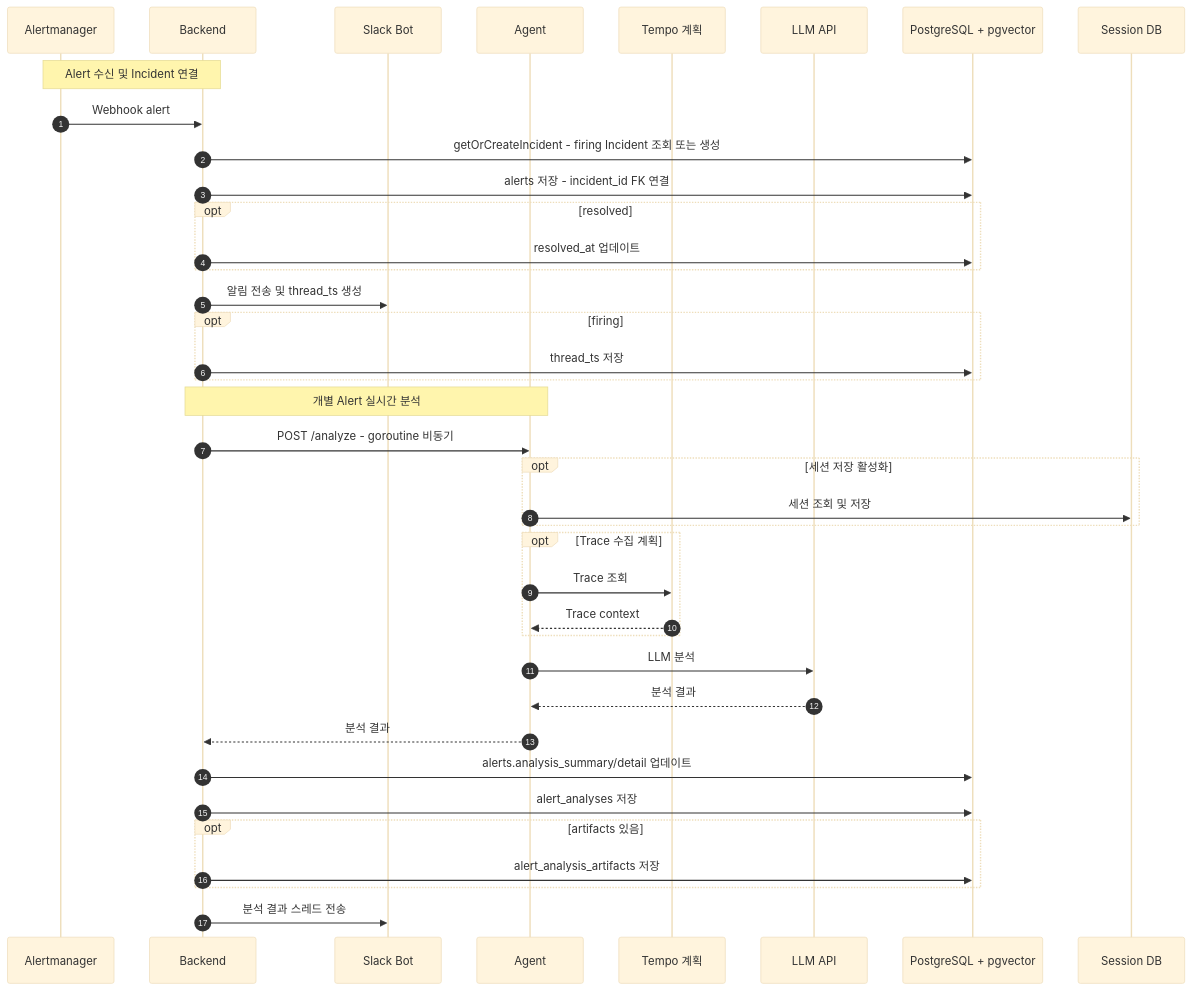
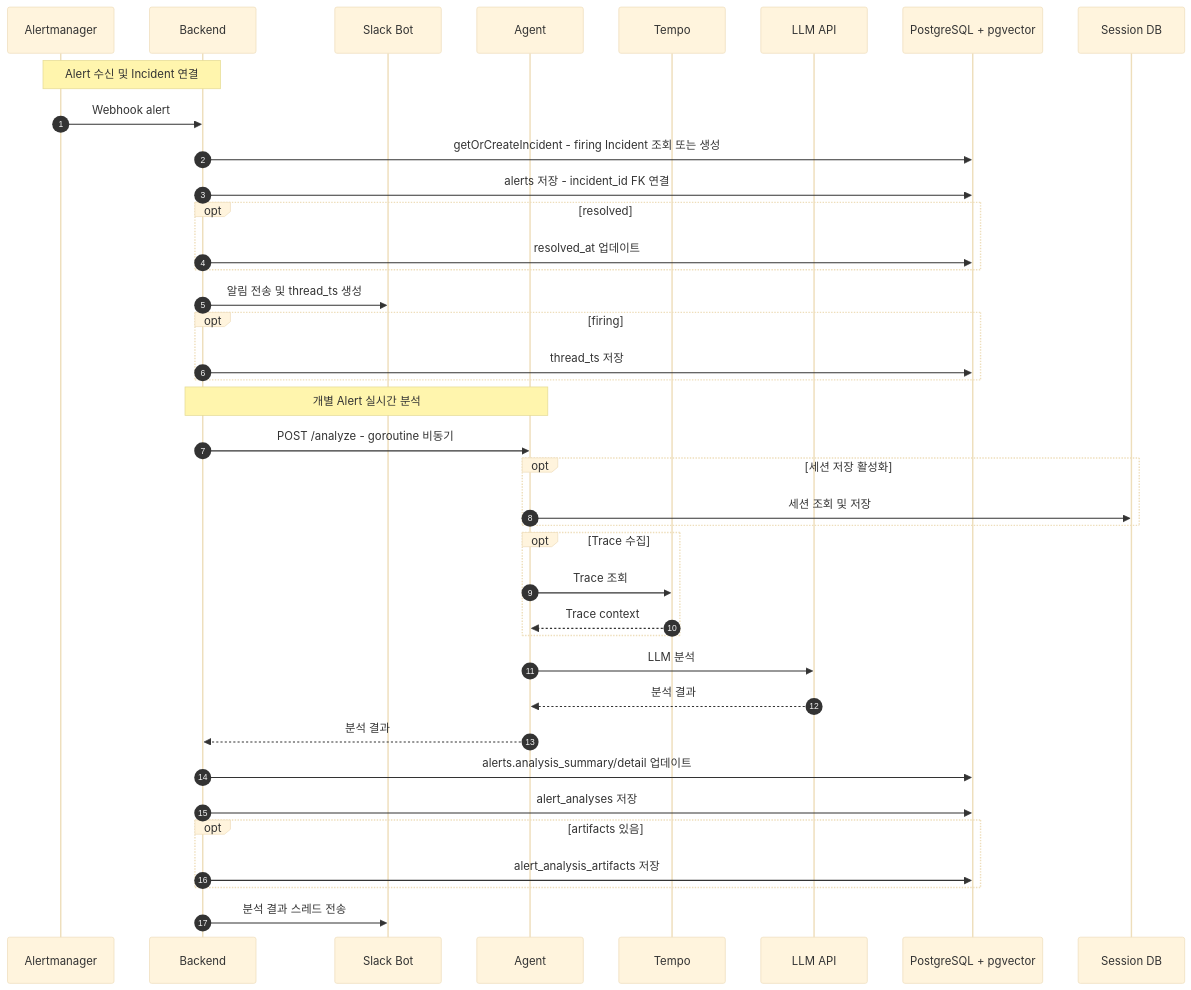
Before and after one commit to kube-rca/kuberca: the diagram in docs/diagrams/alert_analysis_sequence_diagram.md, drawn with Mermaid (base theme). The commit also changed 4 other files, not shown here.

Commit message:
docs(github): remove status labels from docs and diagrams

````diff
--- a/docs/diagrams/alert_analysis_sequence_diagram.md
+++ b/docs/diagrams/alert_analysis_sequence_diagram.md
@@ -1,43 +1,43 @@
 ```mermaid
 sequenceDiagram
   autonumber
   participant AM as Alertmanager
   participant BE as Backend
   participant SL as Slack Bot
   participant AG as Agent
-  participant TP as Tempo 계획
+  participant TP as Tempo
   participant LLM as LLM API
   participant DB as PostgreSQL + pgvector
   participant SDB as Session DB
 
   Note over AM,BE: Alert 수신 및 Incident 연결
   AM->>BE: Webhook alert
   BE->>DB: getOrCreateIncident - firing Incident 조회 또는 생성
   BE->>DB: alerts 저장 - incident_id FK 연결
   opt resolved
     BE->>DB: resolved_at 업데이트
   end
   BE->>SL: 알림 전송 및 thread_ts 생성
   opt firing
     BE->>DB: thread_ts 저장
   end
 
   Note over BE,AG: 개별 Alert 실시간 분석
   BE->>AG: POST /analyze - goroutine 비동기
   opt 세션 저장 활성화
     AG->>SDB: 세션 조회 및 저장
   end
-  opt Trace 수집 계획
+  opt Trace 수집
     AG->>TP: Trace 조회
     TP-->>AG: Trace context
   end
   AG->>LLM: LLM 분석
   LLM-->>AG: 분석 결과
   AG-->>BE: 분석 결과
   BE->>DB: alerts.analysis_summary/detail 업데이트
   BE->>DB: alert_analyses 저장
   opt artifacts 있음
     BE->>DB: alert_analysis_artifacts 저장
   end
   BE->>SL: 분석 결과 스레드 전송
 ```
````
